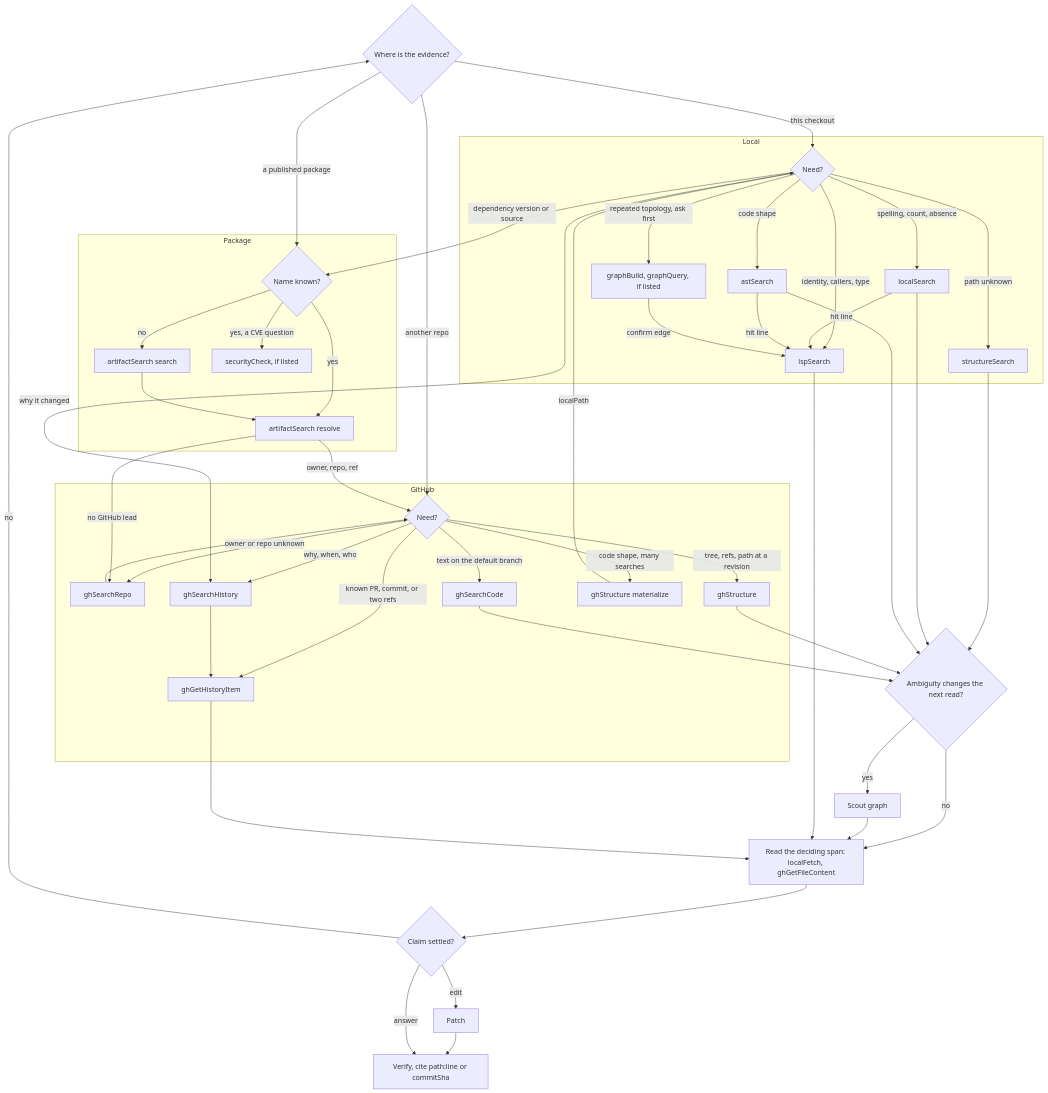
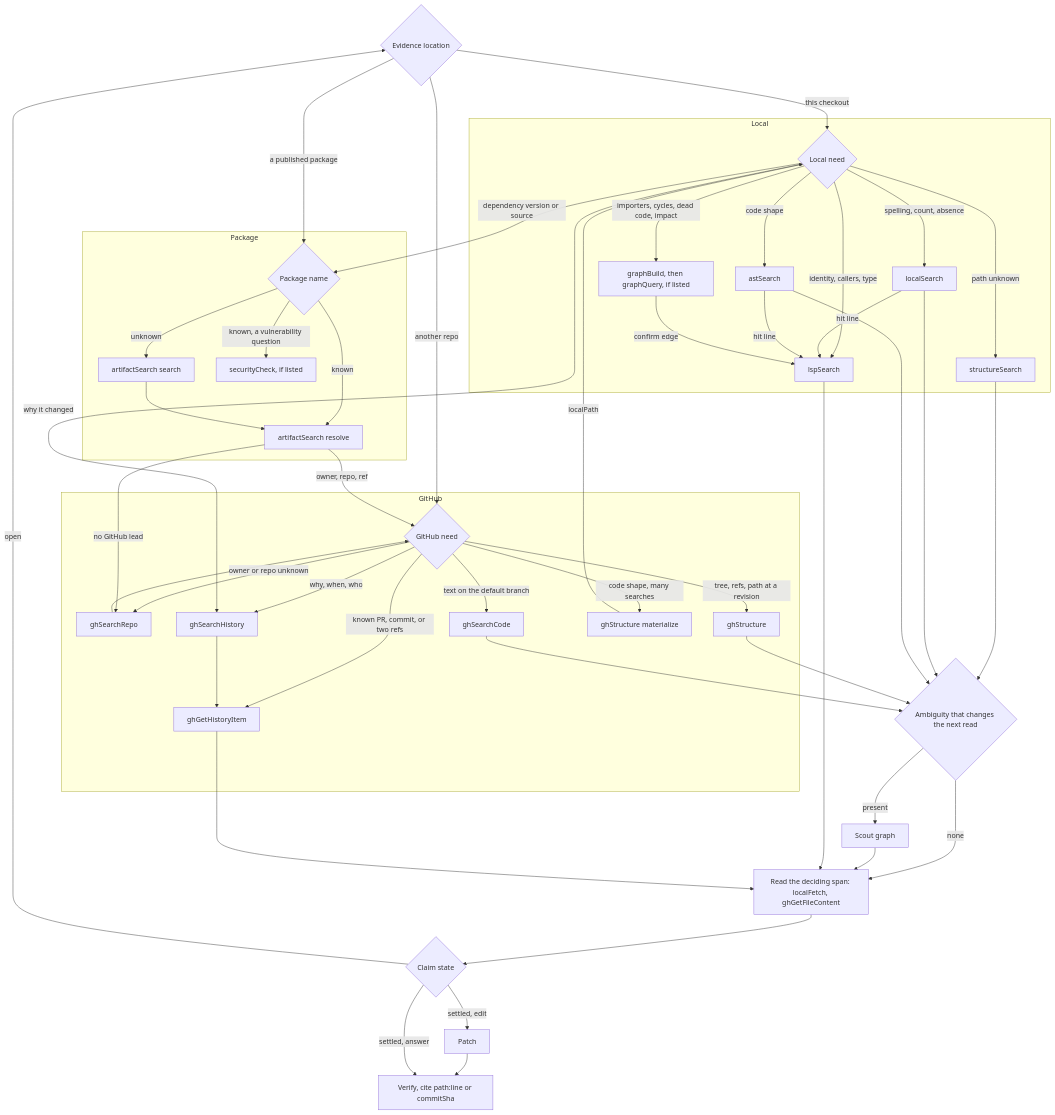
Before and after one commit to bgauryy/octocode: the first of 3 diagrams in skills/octocode-research/references/tool-flow.md, drawn with Mermaid. The commit also changed other lines of this file and 843 other files, not shown here.

````diff
--- a/skills/octocode-research/references/tool-flow.md
+++ b/skills/octocode-research/references/tool-flow.md
@@ -7,55 +7,55 @@
 ```mermaid
 flowchart TD
-  Q{Where is the evidence?}
+  Q{Evidence location}
   Q -- this checkout --> LQ
   Q -- a published package --> PQ
   Q -- another repo --> GQ
 
   subgraph Local
-    LQ{Need?}
+    LQ{Local need}
     LQ -- path unknown --> SS[structureSearch]
     LQ -- spelling, count, absence --> LS[localSearch]
     LQ -- code shape --> AST[astSearch]
     LQ -- identity, callers, type --> LSP[lspSearch]
-    LQ -- repeated topology, ask first --> GRAPH[graphBuild, graphQuery, if listed]
+    LQ -- importers, cycles, dead code, impact --> GRAPH[graphBuild, then graphQuery, if listed]
     LS -- hit line --> LSP
     AST -- hit line --> LSP
     GRAPH -- confirm edge --> LSP
   end
 
   subgraph Package
-    PQ{Name known?}
-    PQ -- no --> PS[artifactSearch search]
-    PQ -- yes --> PR[artifactSearch resolve]
-    PQ -- yes, a CVE question --> PA[securityCheck, if listed]
+    PQ{Package name}
+    PQ -- unknown --> PS[artifactSearch search]
+    PQ -- known --> PR[artifactSearch resolve]
+    PQ -- known, a vulnerability question --> PA[securityCheck, if listed]
     PS --> PR
   end
 
   subgraph GitHub
-    GQ{Need?}
+    GQ{GitHub need}
     GQ -- owner or repo unknown --> GR[ghSearchRepo]
     GR --> GQ
     GQ -- tree, refs, path at a revision --> GS[ghStructure]
     GQ -- text on the default branch --> GC[ghSearchCode]
     GQ -- why, when, who --> GH[ghSearchHistory]
     GQ -- known PR, commit, or two refs --> GI[ghGetHistoryItem]
     GQ -- code shape, many searches --> GM[ghStructure materialize]
     GH --> GI
   end
 
   LQ -- dependency version or source --> PQ
   LQ -- why it changed --> GH
   PR -- owner, repo, ref --> GQ
   PR -- no GitHub lead --> GR
   GM -- localPath --> LQ
 
-  SS & LS & AST & GS & GC --> MANY{Ambiguity changes the next read?}
-  MANY -- yes --> SCOUT[Scout graph]
-  MANY -- no --> READ
+  SS & LS & AST & GS & GC --> MANY{Ambiguity that changes the next read}
+  MANY -- present --> SCOUT[Scout graph]
+  MANY -- none --> READ
   SCOUT --> READ
   LSP & GI --> READ[Read the deciding span: localFetch, ghGetFileContent]
-  READ --> DONE{Claim settled?}
-  DONE -- no --> Q
-  DONE -- edit --> PATCH[Patch] --> VERIFY
-  DONE -- answer --> VERIFY[Verify, cite path:line or commitSha]
+  READ --> DONE{Claim state}
+  DONE -- open --> Q
+  DONE -- settled, edit --> PATCH[Patch] --> VERIFY
+  DONE -- settled, answer --> VERIFY[Verify, cite path:line or commitSha]
 ```
````
